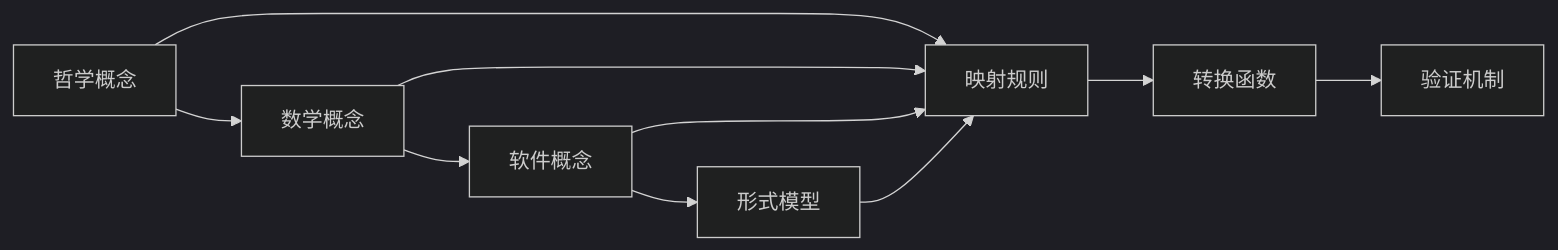
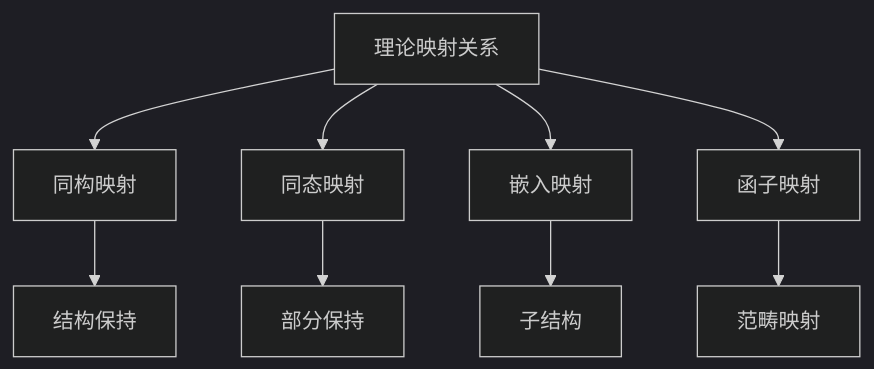
The diagram in Analysis/07-理论统一与整合/01-理论映射关系.md (AdaMartin18010/formal-architecture), drawn with Mermaid (dark theme) before and after one commit. The commit also changed other lines of this file and 63 other files, not shown here.

````diff
--- a/Analysis/07-理论统一与整合/01-理论映射关系.md
+++ b/Analysis/07-理论统一与整合/01-理论映射关系.md
@@ -464,14 +55,11 @@
 ```mermaid
-graph LR
-    A[哲学概念] --> B[数学概念]
-    B --> C[软件概念]
-    C --> D[形式模型]
-    
-    E[映射规则] --> F[转换函数]
-    F --> G[验证机制]
-    
-    A --> E
-    B --> E
-    C --> E
-    D --> E
+graph TD
+  A[理论映射关系] --> B1[同构映射]
+  A --> B2[同态映射]
+  A --> B3[嵌入映射]
+  A --> B4[函子映射]
+  B1 --> C1[结构保持]
+  B2 --> C2[部分保持]
+  B3 --> C3[子结构]
+  B4 --> C4[范畴映射]
 ```
````
